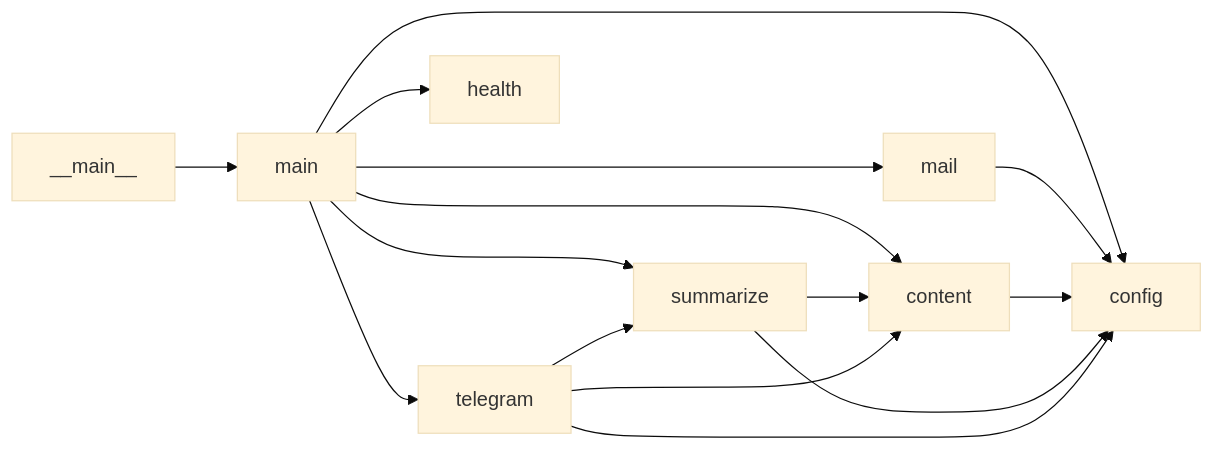
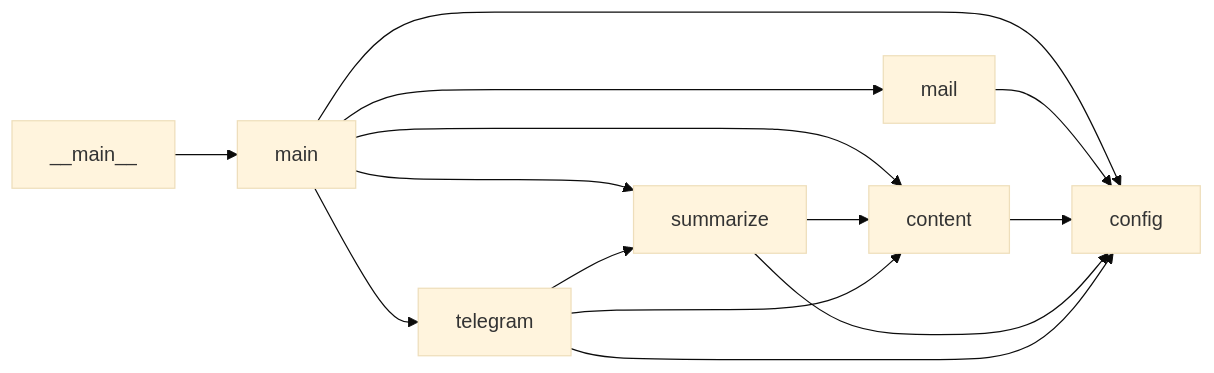
Before and after one commit to DeV1L/kindergarten-email-checker: the third of 4 diagrams in docs/code/README.md, drawn with Mermaid (base theme). The commit also changed other lines of this file and 11 other files, not shown here.

Commit message:
merge health to main

````diff
--- a/docs/code/README.md
+++ b/docs/code/README.md
@@ -107,17 +106,16 @@
 ```mermaid
 flowchart LR
     MAINPY["__main__"] --> main
     main --> config
     main --> mail
     main --> content
     main --> summarize
     main --> telegram
-    main --> health
     mail --> config
     content --> config
     summarize --> config
     summarize --> content
     telegram --> config
     telegram --> content
     telegram --> summarize
 ```
````
